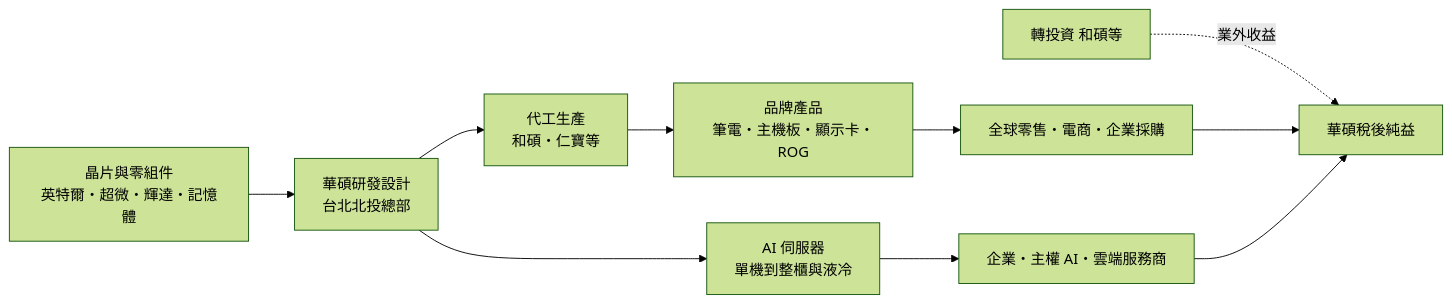
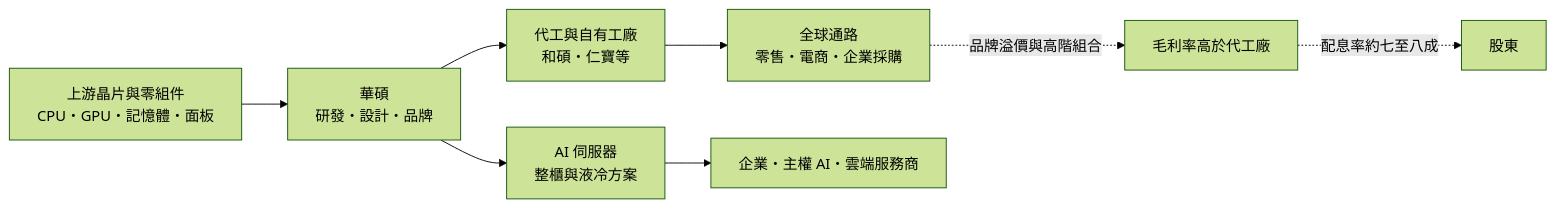
One commit to wangnick1004/taiwan-stock-vault changed the first of 3 diagrams in 個股/台股/2357華碩.md. Above: the diagram before and after it, drawn with Mermaid (forest theme). The commit also changed other lines of this file and 19 other files, not shown here.

````diff
--- a/個股/台股/2357華碩.md
+++ b/個股/台股/2357華碩.md
@@ -63,12 +63,10 @@
 ```mermaid
 flowchart LR
-    A[晶片與零組件<br/>英特爾・超微・輝達・記憶體] --> B[華碩研發設計<br/>台北北投總部]
-    B --> C[代工生產<br/>和碩・仁寶等]
-    C --> D[品牌產品<br/>筆電・主機板・顯示卡・ROG]
-    D --> E[全球零售・電商・企業採購]
-    B --> F[AI 伺服器<br/>單機到整櫃與液冷]
-    F --> G[企業・主權 AI・雲端服務商]
-    H[轉投資 和碩等] -. 業外收益 .-> I[華碩稅後純益]
-    E --> I
-    G --> I
+    A["上游晶片與零組件<br/>CPU・GPU・記憶體・面板"] --> B["華碩<br/>研發・設計・品牌"]
+    B --> C["代工與自有工廠<br/>和碩・仁寶等"]
+    C --> D["全球通路<br/>零售・電商・企業採購"]
+    B --> E["AI 伺服器<br/>整櫃與液冷方案"]
+    E --> F["企業・主權 AI・雲端服務商"]
+    D -. 品牌溢價與高階組合 .-> G["毛利率高於代工廠"]
+    G -. 配息率約七至八成 .-> H["股東"]
 ```
````
